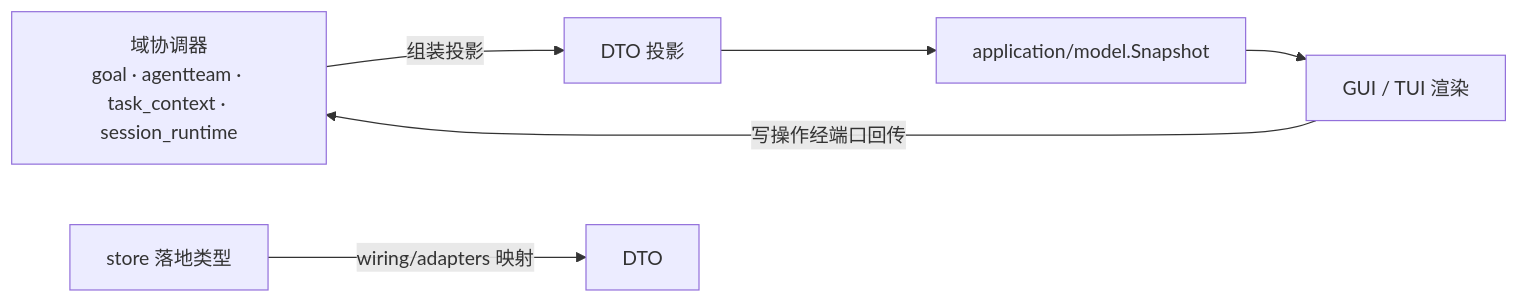
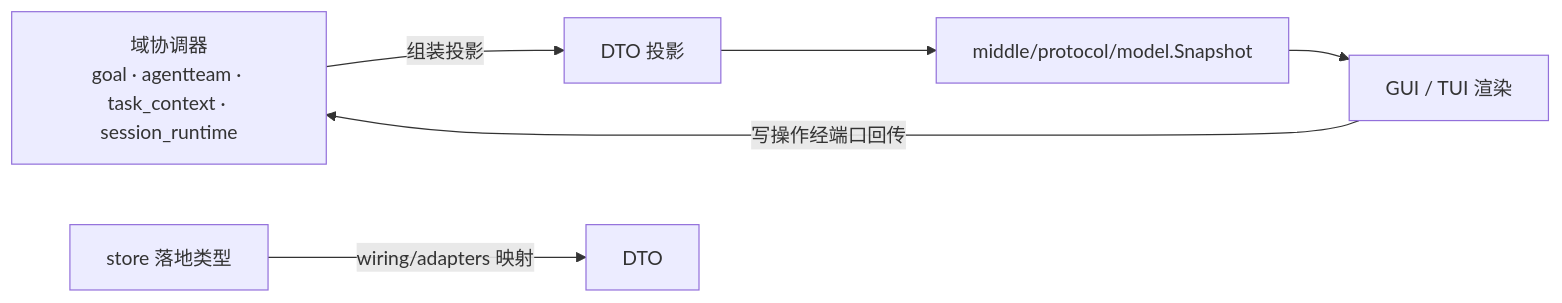
Before and after one commit to RedHuang-0622/seelex: the second of 2 diagrams in contract/dto/README.md, drawn with Mermaid. The commit also changed other lines of this file and 160 other files, not shown here.

First line of the commit message:
refactor(arch): M5-R3 model/event/state 归位 middle/protocol 与 kernel（plan §2.3）

````diff
--- a/contract/dto/README.md
+++ b/contract/dto/README.md
@@ -66,8 +66,8 @@
 ```mermaid
 flowchart LR
     DOMAIN["域协调器<br/>goal · agentteam · task_context · session_runtime"] -->|组装投影| PROJ["DTO 投影"]
-    PROJ --> SNAP["application/model.Snapshot"]
+    PROJ --> SNAP["middle/protocol/model.Snapshot"]
     SNAP --> FE["GUI / TUI 渲染"]
     FE -->|写操作经端口回传| DOMAIN
     STORE["store 落地类型"] -->|wiring/adapters 映射| DTO
 ```
````
